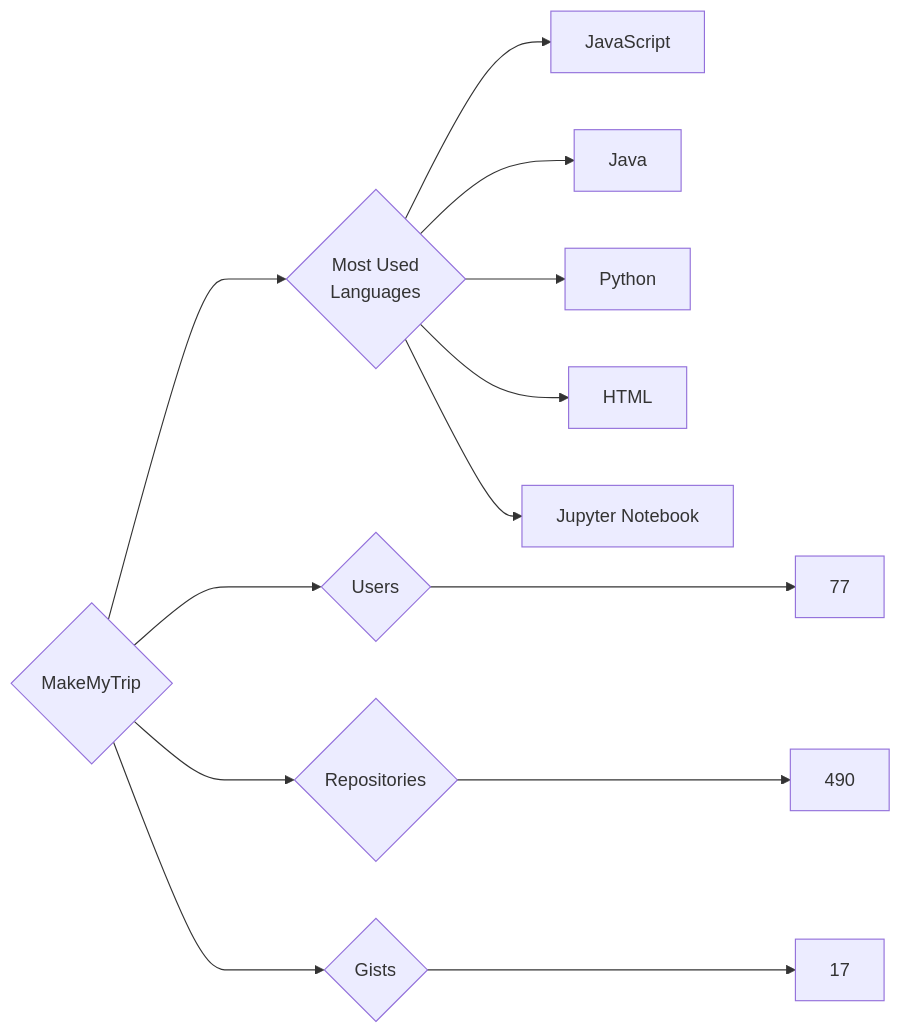
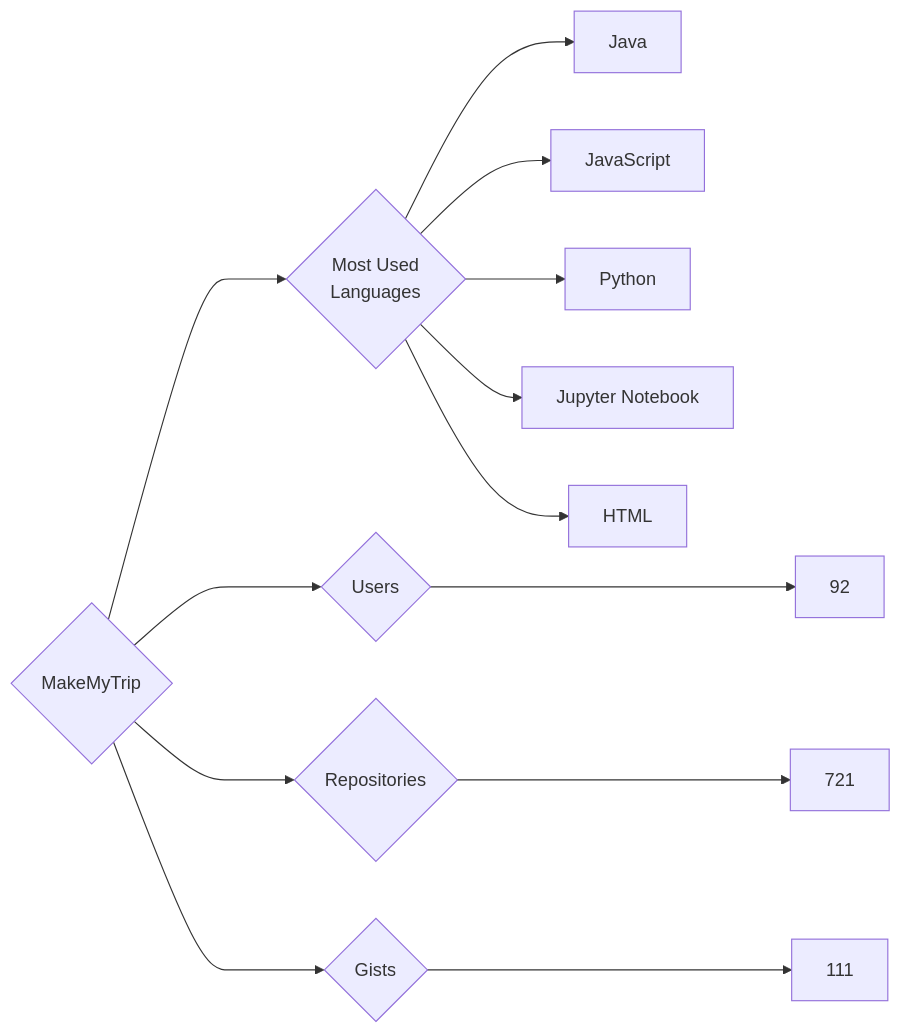
One commit to trickest/insiders changed the diagram in targets/MakeMyTrip/README.md. Above: the diagram before and after it, drawn with Mermaid. The commit also changed 773 other files, not shown here.

````diff
--- a/targets/MakeMyTrip/README.md
+++ b/targets/MakeMyTrip/README.md
@@ -3,13 +3,13 @@
 ```mermaid
 graph LR
 COMPANY_NAME{MakeMyTrip}
-COMPANY_NAME ---> U{Users} ---> UN[77]
-COMPANY_NAME ---> R{Repositories} ---> RN[490]
-COMPANY_NAME ---> G{Gists} ---> GN[17]
+COMPANY_NAME ---> U{Users} ---> UN[92]
+COMPANY_NAME ---> R{Repositories} ---> RN[721]
+COMPANY_NAME ---> G{Gists} ---> GN[111]
 COMPANY_NAME ---> ML{Most Used<br>Languages}
+ML --> Java[Java]
 ML --> JavaScript[JavaScript]
-ML --> Java[Java]
 ML --> Python[Python]
+ML --> Jupyter_Notebook[Jupyter Notebook]
 ML --> HTML[HTML]
-ML --> Jupyter_Notebook[Jupyter Notebook]
 ```
````
